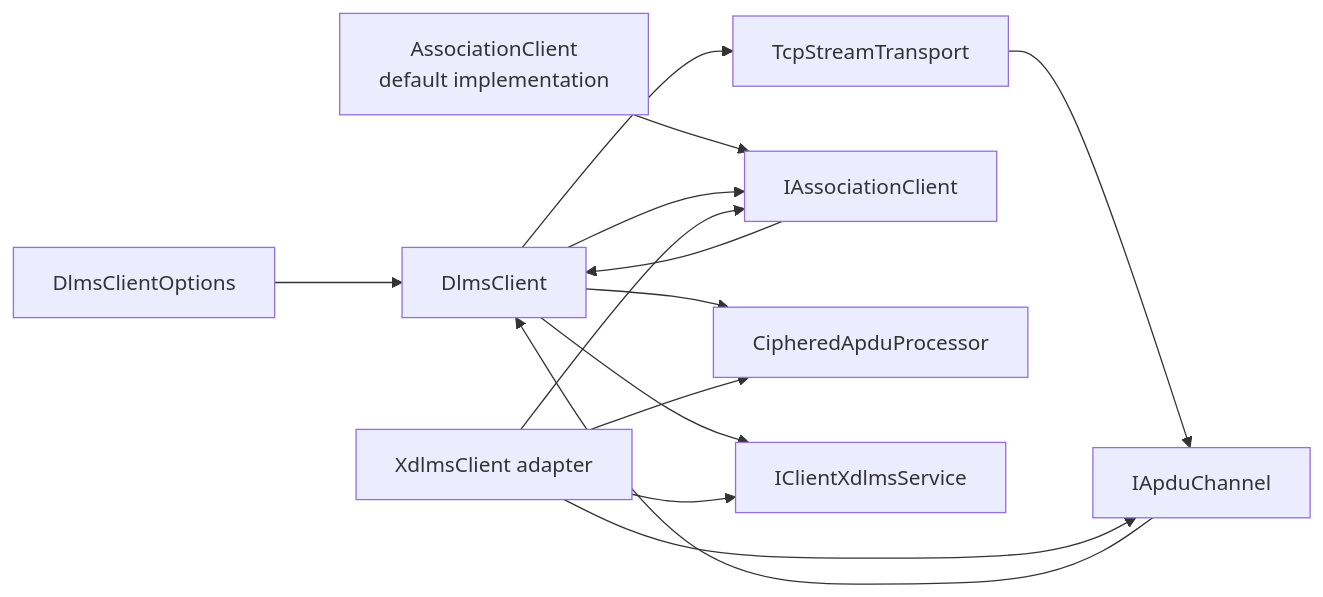
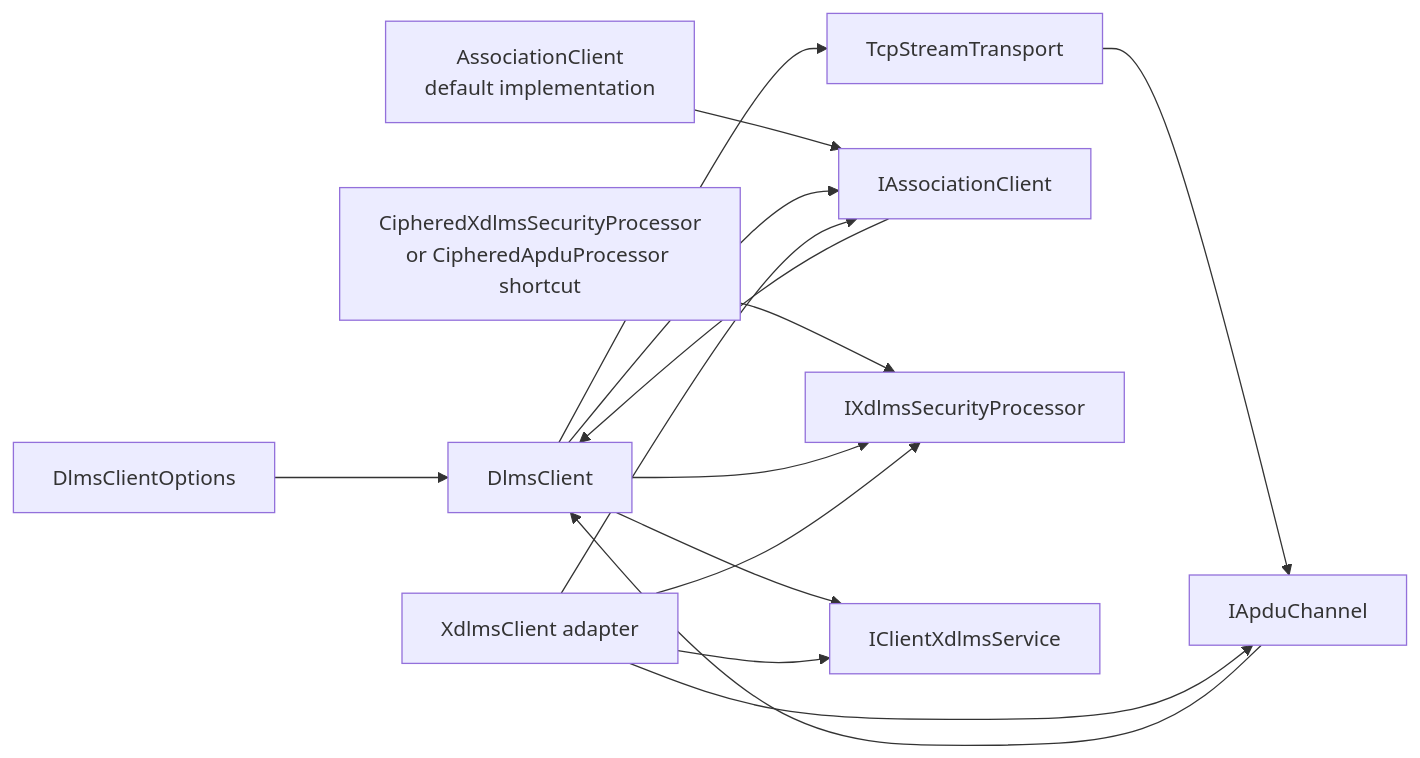
The second of 8 diagrams in lib/dlms-client/docs/02_client_architecture.md (gvtret/dlms), drawn with Mermaid before and after one commit. The commit also changed other lines of this file and 6 other files, not shown here.

First line of the commit message:
feat: allow client abstract security processor

````diff
--- a/lib/dlms-client/docs/02_client_architecture.md
+++ b/lib/dlms-client/docs/02_client_architecture.md
@@ -42,26 +42,28 @@
 ```mermaid
 flowchart LR
   Options["DlmsClientOptions"]
   Client["DlmsClient"]
   Stream["TcpStreamTransport"]
   Channel["IApduChannel"]
   Association["IAssociationClient"]
   DefaultAssociation["AssociationClient<br/>default implementation"]
-  Security["CipheredApduProcessor"]
+  Security["IXdlmsSecurityProcessor"]
+  DefaultSecurity["CipheredXdlmsSecurityProcessor<br/>or CipheredApduProcessor shortcut"]
   Services["IClientXdlmsService"]
   XdlmsClient["XdlmsClient adapter"]
 
   Options --> Client
   Client --> Stream
   Stream --> Channel
   Channel --> Client
   DefaultAssociation --> Association
   Association --> Client
   Client --> Association
+  DefaultSecurity --> Security
   Client --> Security
   Client --> Services
   XdlmsClient --> Services
   XdlmsClient --> Channel
   XdlmsClient --> Association
   XdlmsClient --> Security
 ```
````
